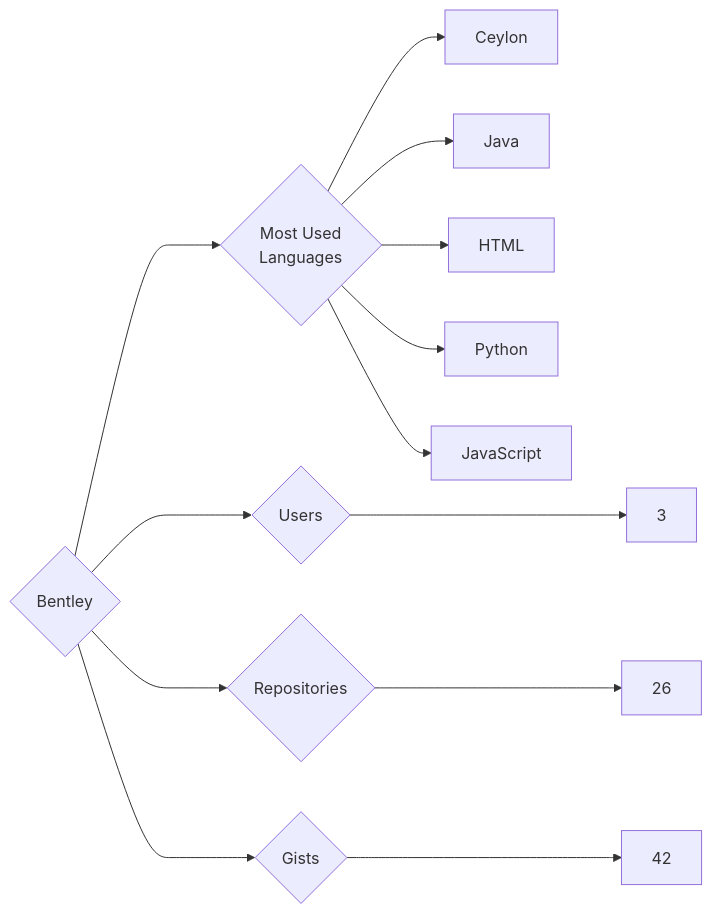
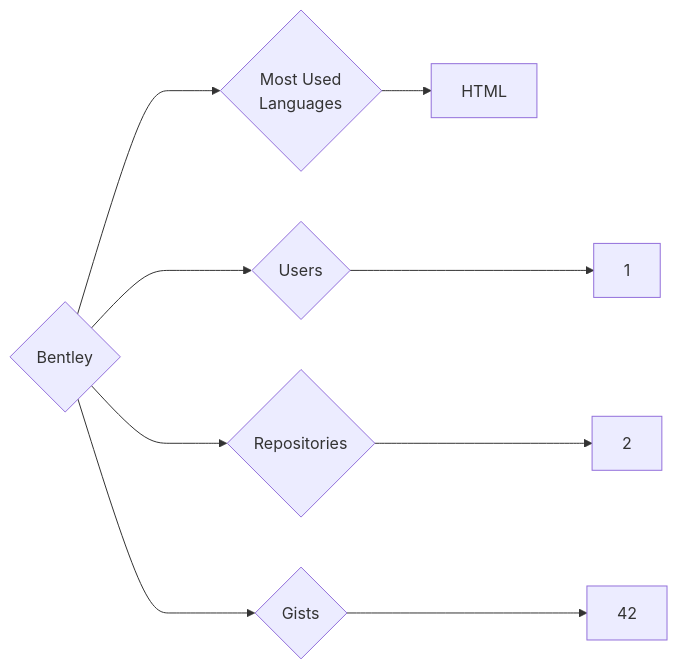
One commit to trickest/insiders changed the diagram in targets/Bentley/README.md. Above: the diagram before and after it, drawn with Mermaid. The commit also changed 888 other files, not shown here.

````diff
--- a/targets/Bentley/README.md
+++ b/targets/Bentley/README.md
@@ -3,13 +3,9 @@
 ```mermaid
 graph LR
 COMPANY_NAME{Bentley}
-COMPANY_NAME ---> U{Users} ---> UN[3]
-COMPANY_NAME ---> R{Repositories} ---> RN[26]
+COMPANY_NAME ---> U{Users} ---> UN[1]
+COMPANY_NAME ---> R{Repositories} ---> RN[2]
 COMPANY_NAME ---> G{Gists} ---> GN[42]
 COMPANY_NAME ---> ML{Most Used<br>Languages}
-ML --> Ceylon[Ceylon]
-ML --> Java[Java]
 ML --> HTML[HTML]
-ML --> Python[Python]
-ML --> JavaScript[JavaScript]
 ```
````
